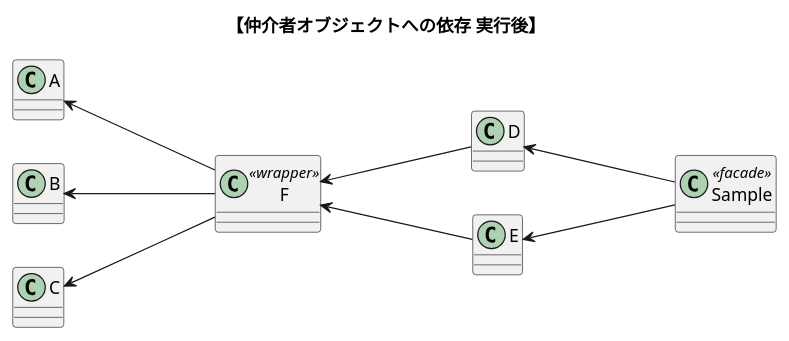
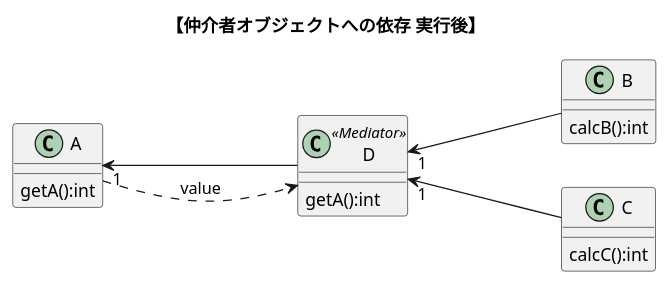
One commit to nitta-lab/TwoStagesModelingExperiments changed the diagram in puml/classes/after_dependents_mediator.puml. Above: the diagram before and after it, drawn with PlantUML. The commit also changed 17 other files, not shown here.

```diff
--- a/puml/classes/after_dependents_mediator.puml
+++ b/puml/classes/after_dependents_mediator.puml
@@ -1,25 +1,25 @@
 @startuml map_class_push_CFD
 title "【仲介者オブジェクトへの依存 実行後】"
 left to right direction
 
-together {
-    class "A"
-    class "B"
-    class "C"
+class "A"{
+    getA():int
 }
-class "D"
-class "E"
-class "F"<<wrapper>>
-class "Sample"<<facade>>
+class "B"{
+    calcB():int
+}
+class "C"{
+    calcC():int
+}
+class "D"<<Mediator>>{
+    getA():int
+}
 
-"A" <--- "F" 
-"B" <--- "F" 
-"C" <--- "F"
+"A" "1" <--- "D"
+"A" ...> "D" : value
 
-"F" <--- "D"
-"F" <--- "E"
+"D" "1" <--- "B"
+"D" "1" <--- "C" 
 
-"D" <--- "Sample"
-"E" <--- "Sample"
 
 @enduml
```
